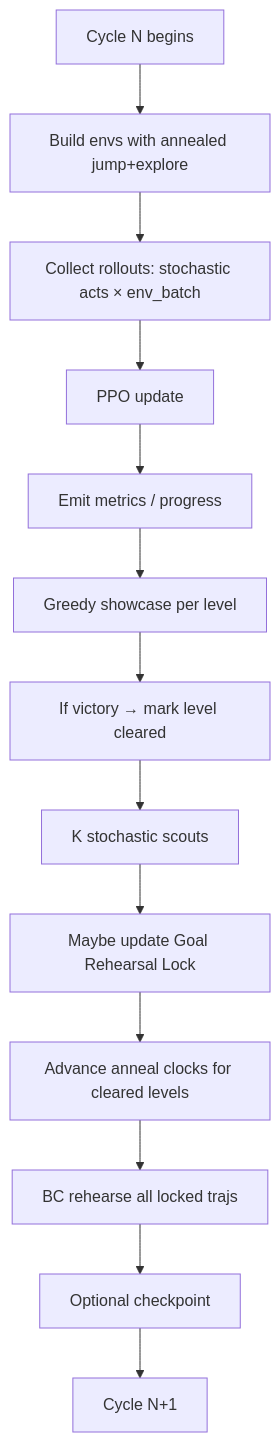
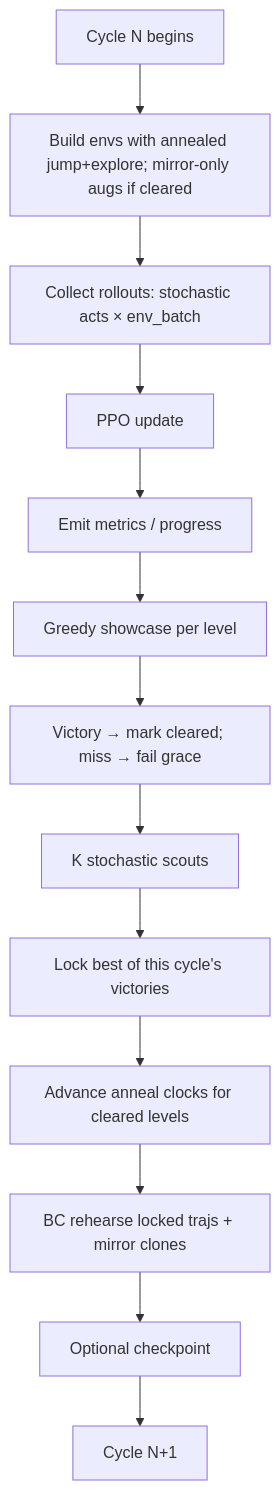
One commit to dante-ferr/ai-delver changed the diagram in docs/src/intelligence/training_cycle.md. Above: the diagram before and after it, drawn with Mermaid. The commit also changed other lines of this file and 17 other files, not shown here.

First line of the commit message:
feat(intelligence): polish mirror augs and mirrored lock rehearsal

````diff
--- a/docs/src/intelligence/training_cycle.md
+++ b/docs/src/intelligence/training_cycle.md
@@ -5,15 +5,15 @@
 ```mermaid
 flowchart TD
-  start["Cycle N begins"] --> annealCfg["Build envs with annealed jump+explore"]
+  start["Cycle N begins"] --> annealCfg["Build envs with annealed jump+explore; mirror-only augs if cleared"]
   annealCfg --> collect["Collect rollouts: stochastic acts × env_batch"]
   collect --> ppo["PPO update"]
   ppo --> metrics["Emit metrics / progress"]
   metrics --> greedy["Greedy showcase per level"]
-  greedy --> clear["If victory → mark level cleared"]
+  greedy --> clear["Victory → mark cleared; miss → fail grace"]
   clear --> scouts["K stochastic scouts"]
-  scouts --> lock["Maybe update Goal Rehearsal Lock"]
+  scouts --> lock["Lock best of this cycle's victories"]
   lock --> tick["Advance anneal clocks for cleared levels"]
-  tick --> bc["BC rehearse all locked trajs"]
+  tick --> bc["BC rehearse locked trajs + mirror clones"]
   bc --> ckpt["Optional checkpoint"]
   ckpt --> next["Cycle N+1"]
 ```
````
